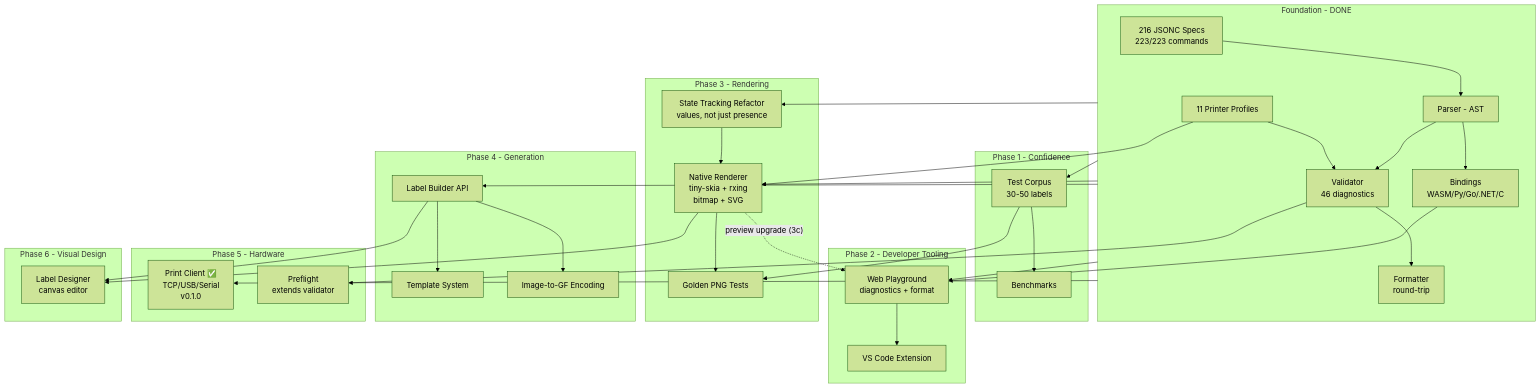
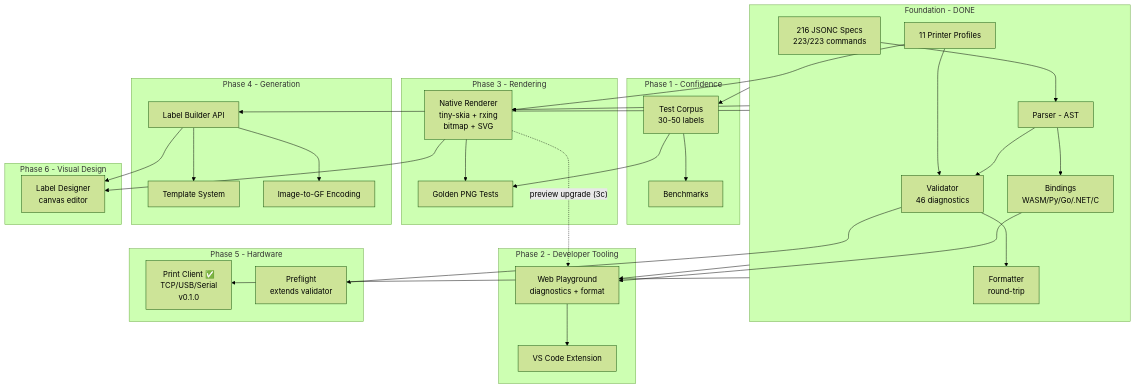
One commit to trevordcampbell/zpl-toolchain changed the diagram in docs/ROADMAP.md. Above: the diagram before and after it, drawn with Mermaid (forest theme). The commit also changed other lines of this file and 20 other files, not shown here.

````diff
--- a/docs/ROADMAP.md
+++ b/docs/ROADMAP.md
@@ -217,65 +227,61 @@
 ```mermaid
 flowchart TD
   subgraph foundation [Foundation - DONE]
     Spec["216 JSONC Specs\n223/223 commands"]
     Parser["Parser - AST"]
     Validator["Validator\n46 diagnostics"]
     Formatter["Formatter\nround-trip"]
     Profiles["11 Printer Profiles"]
     Bindings["Bindings\nWASM/Py/Go/.NET/C"]
   end
 
   subgraph confidence [Phase 1 - Confidence]
     Corpus["Test Corpus\n30-50 labels"]
     Bench["Benchmarks"]
   end
 
   subgraph devtools [Phase 2 - Developer Tooling]
     Playground["Web Playground\ndiagnostics + format"]
     VSCode["VS Code Extension"]
   end
 
   subgraph rendering [Phase 3 - Rendering]
-    StateRefactor["State Tracking Refactor\nvalues, not just presence"]
     NativeRender["Native Renderer\ntiny-skia + rxing\nbitmap + SVG"]
     Goldens["Golden PNG Tests"]
   end
 
   subgraph generation [Phase 4 - Generation]
     Builder["Label Builder API"]
     Templates["Template System"]
     ImageEncode["Image-to-GF Encoding"]
   end
 
   subgraph hardware [Phase 5 - Hardware]
     PrintClient["Print Client ✅\nTCP/USB/Serial\nv0.1.0"]
     Preflight["Preflight\nextends validator"]
   end
 
   subgraph design [Phase 6 - Visual Design]
     Designer["Label Designer\ncanvas editor"]
   end
 
   Spec --> Parser --> Validator
   Validator --> Formatter
   Parser --> Bindings
   Profiles --> Validator
   Profiles --> NativeRender
 
   foundation --> Corpus --> Bench
   Bindings --> Playground --> VSCode
   NativeRender -.->|"preview upgrade (3c)"| Playground
   NativeRender --> Goldens
   Corpus --> Goldens
   NativeRender --> Designer
   Builder --> Designer
   Validator --> Preflight
-  StateRefactor --> NativeRender
-
-  foundation --> StateRefactor
   foundation --> Playground
   foundation --> PrintClient
   foundation --> NativeRender
   foundation --> Builder --> Templates
   Builder --> ImageEncode
 ```
````
